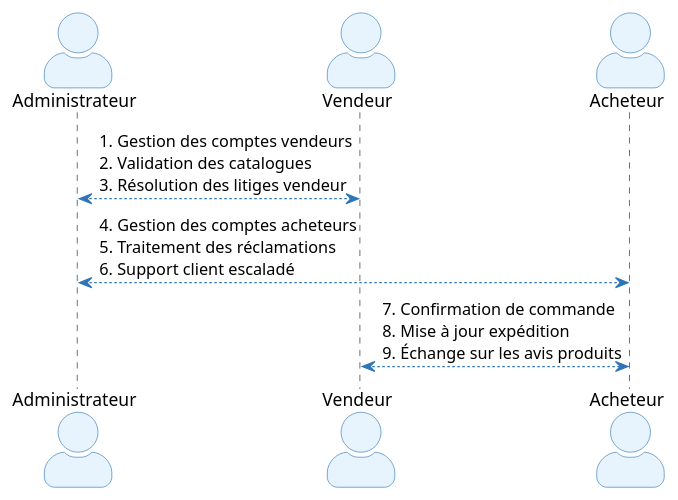
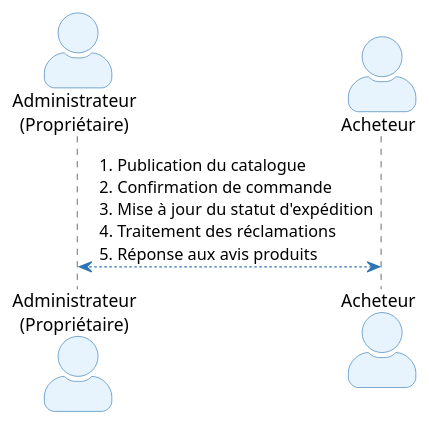
One commit to louistalvande/online_shop changed the fourth of 4 diagrams in architecture.adoc. Above: the diagram before and after it, drawn with PlantUML. The commit also changed other lines of this file, not shown here.

First line of the commit message:
Revise operational analysis and workflow diagrams

```diff
--- a/architecture.adoc
+++ b/architecture.adoc
@@ -221,17 +208,14 @@
 [plantuml, oa-communication, svg]
 ----
 skinparam actorStyle awesome
 skinparam actorBackgroundColor #E8F4FD
 skinparam actorBorderColor #2E75B6
 skinparam arrowColor #2E75B6
 skinparam noteBackgroundColor #FFFBE6
 skinparam noteBorderColor #F0A500
 
-actor Administrateur as Admin
-actor Vendeur as Vendor
+actor "Administrateur\n(Propriétaire)" as Admin
 actor Acheteur as Buyer
 
-Admin <--> Vendor : 1. Gestion des comptes vendeurs\n2. Validation des catalogues\n3. Résolution des litiges vendeur
-Admin <--> Buyer : 4. Gestion des comptes acheteurs\n5. Traitement des réclamations\n6. Support client escaladé
-Vendor <--> Buyer : 7. Confirmation de commande\n8. Mise à jour expédition\n9. Échange sur les avis produits
+Admin <--> Buyer : 1. Publication du catalogue\n2. Confirmation de commande\n3. Mise à jour du statut d'expédition\n4. Traitement des réclamations\n5. Réponse aux avis produits
 ----
```
